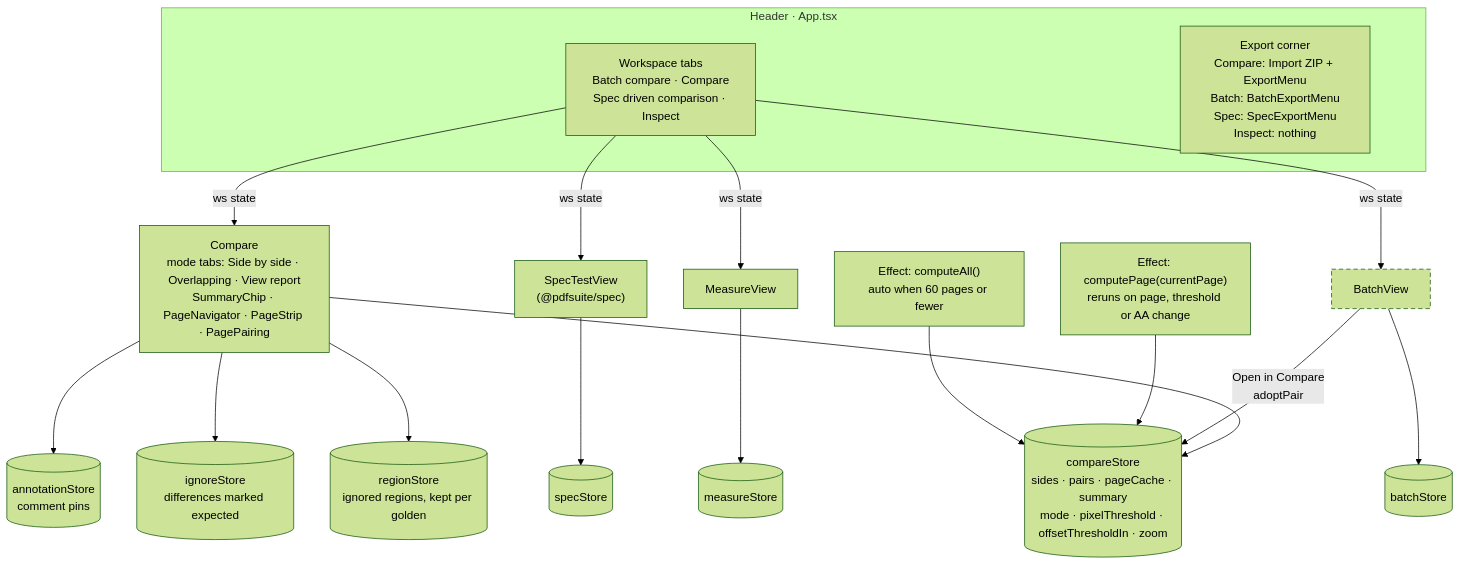
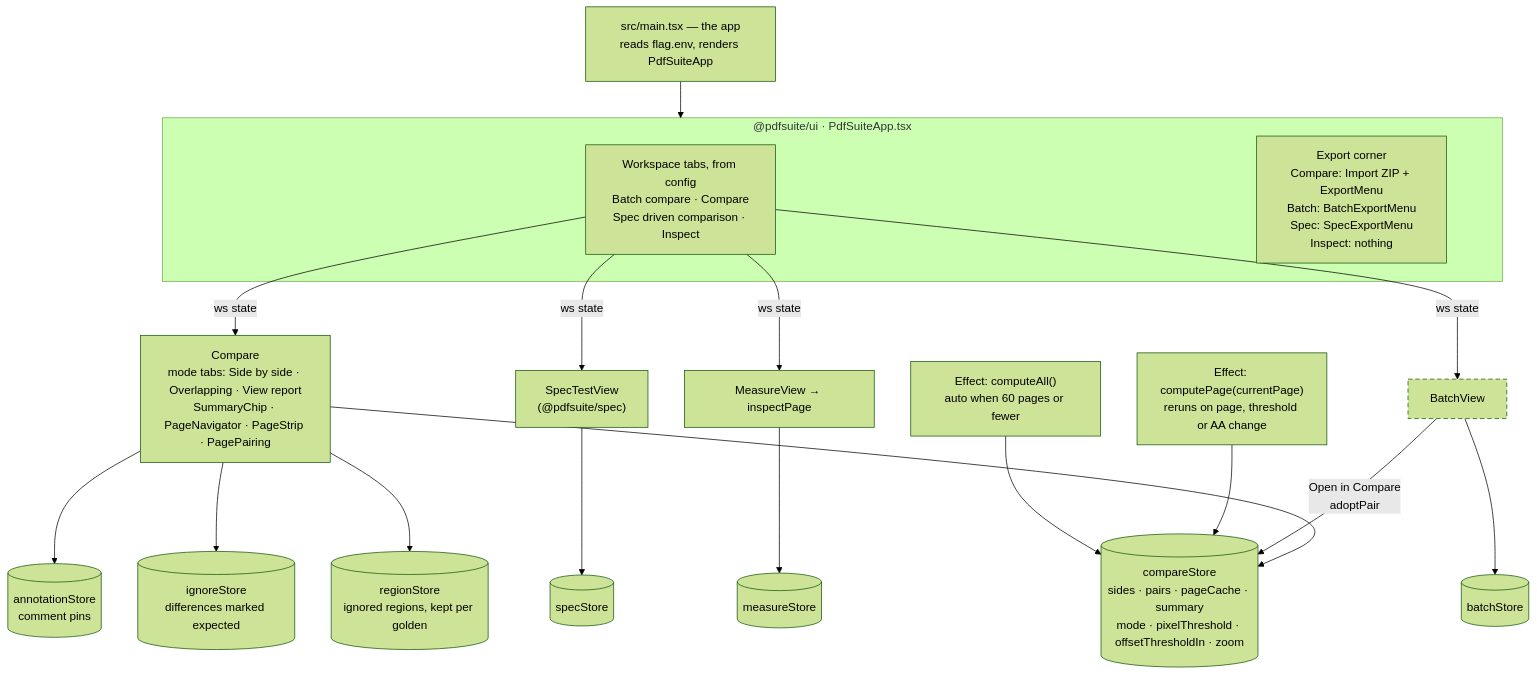
The second of 26 diagrams in docs/ARCHITECTURE.md (sid4861/pdf-testing-suite), drawn with Mermaid (forest theme) before and after one commit. The commit also changed other lines of this file and 345 other files, not shown here.

Commit message:
spec driven

````diff
--- a/docs/ARCHITECTURE.md
+++ b/docs/ARCHITECTURE.md
@@ -96,24 +99,25 @@
 ```mermaid
 flowchart TB
   classDef flag stroke-dasharray: 6 4
-  subgraph HEADER["Header · App.tsx"]
-    TABS["Workspace tabs<br/>Batch compare · Compare<br/>Spec driven comparison · Inspect"]
+  SHELL["src/main.tsx — the app<br/>reads flag.env, renders PdfSuiteApp"] --> HEADER
+  subgraph HEADER["@pdfsuite/ui · PdfSuiteApp.tsx"]
+    TABS["Workspace tabs, from config<br/>Batch compare · Compare<br/>Spec driven comparison · Inspect"]
     RIGHT["Export corner<br/>Compare: Import ZIP + ExportMenu<br/>Batch: BatchExportMenu<br/>Spec: SpecExportMenu<br/>Inspect: nothing"]
   end
   TABS -->|"ws state"| CWS & SWS & IWS & BWS
   CWS["Compare<br/>mode tabs: Side by side · Overlapping · View report<br/>SummaryChip · PageNavigator · PageStrip · PagePairing"]
   SWS["SpecTestView<br/>(@pdfsuite/spec)"]
-  IWS["MeasureView"]
+  IWS["MeasureView → inspectPage"]
   BWS["BatchView"]
   CWS --> CS[("compareStore<br/>sides · pairs · pageCache · summary<br/>mode · pixelThreshold · offsetThresholdIn · zoom")]
   CWS --> AS[("annotationStore<br/>comment pins")]
   CWS --> IS[("ignoreStore<br/>differences marked expected")]
   CWS --> RS[("regionStore<br/>ignored regions, kept per golden")]
   SWS --> SS[("specStore")]
   IWS --> MS[("measureStore")]
   BWS --> BS[("batchStore")]
   BWS -->|"Open in Compare<br/>adoptPair"| CS
   EF1["Effect: computePage(currentPage)<br/>reruns on page, threshold or AA change"] --> CS
   EF2["Effect: computeAll()<br/>auto when 60 pages or fewer"] --> CS
   class BWS flag
 ```
````
